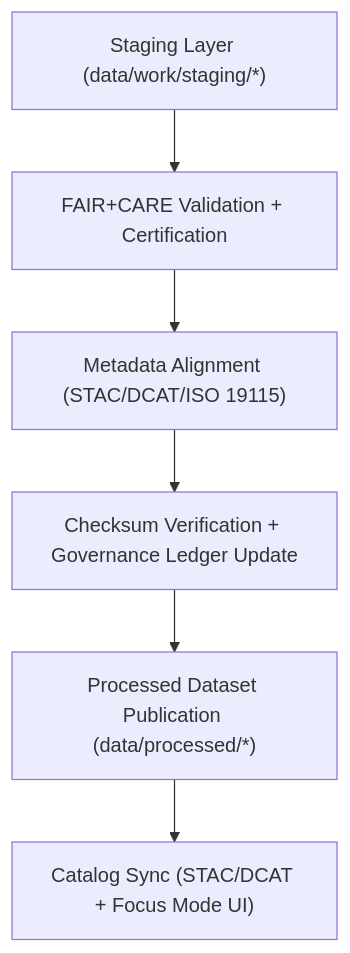
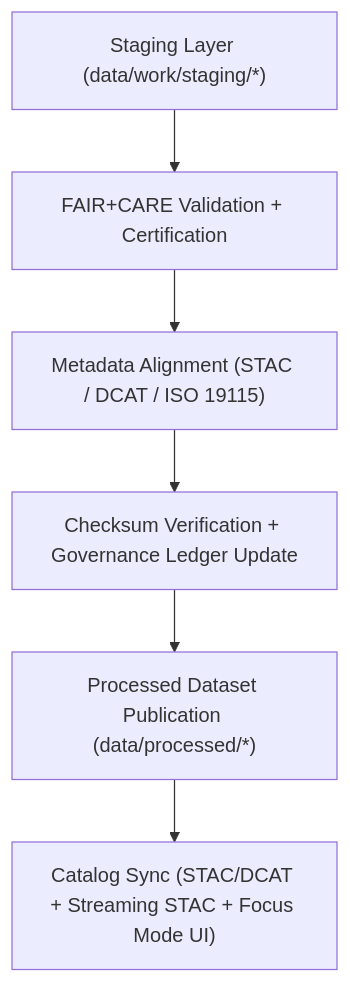
Before and after one commit to bartytime4life/Kansas-Frontier-Matrix: the diagram in data/processed/README.md, drawn with Mermaid. The commit also changed other lines of this file, not shown here.

````diff
--- a/data/processed/README.md
+++ b/data/processed/README.md
@@ -68,8 +66,8 @@
 ```mermaid
 flowchart TD
     A["Staging Layer (data/work/staging/*)"] --> B["FAIR+CARE Validation + Certification"]
-    B --> C["Metadata Alignment (STAC/DCAT/ISO 19115)"]
+    B --> C["Metadata Alignment (STAC / DCAT / ISO 19115)"]
     C --> D["Checksum Verification + Governance Ledger Update"]
     D --> E["Processed Dataset Publication (data/processed/*)"]
-    E --> F["Catalog Sync (STAC/DCAT + Focus Mode UI)"]
+    E --> F["Catalog Sync (STAC/DCAT + Streaming STAC + Focus Mode UI)"]
 ```
````
